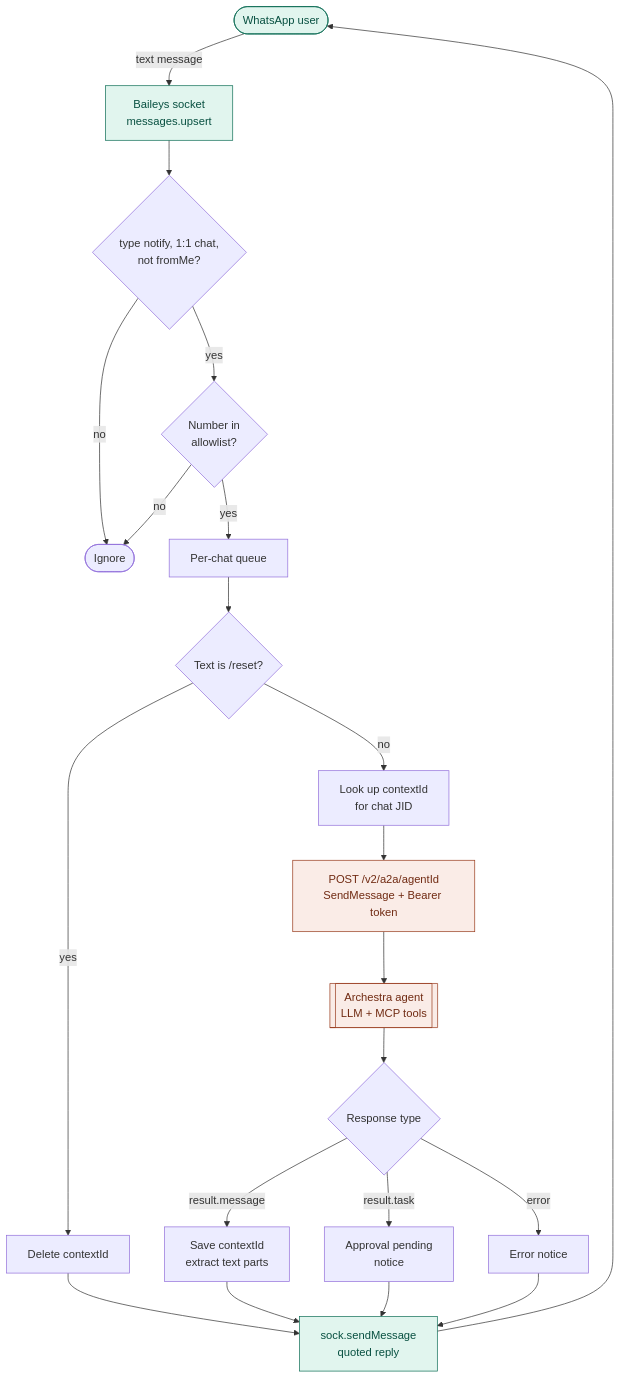
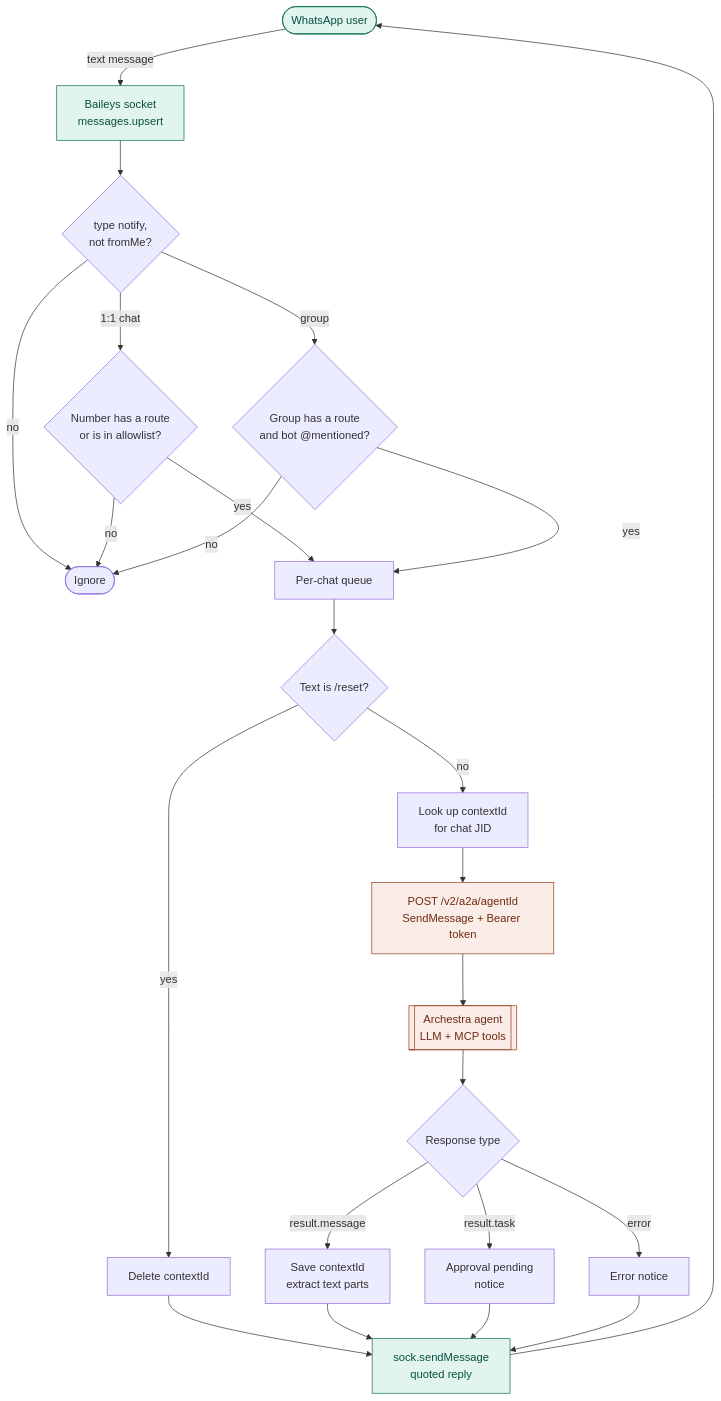
One commit to pushm0v/baileys-archestra-a2a changed the first of 2 diagrams in README.md. Above: the diagram before and after it, drawn with Mermaid. The commit also changed other lines of this file and 13 other files, not shown here.

````diff
--- a/README.md
+++ b/README.md
@@ -9,27 +9,30 @@
 ```mermaid
 flowchart TD
   U([WhatsApp user]) -->|text message| B[Baileys socket<br/>messages.upsert]
-  B --> F{type notify, 1:1 chat,<br/>not fromMe?}
+  B --> F{type notify,<br/>not fromMe?}
   F -->|no| X([Ignore])
-  F -->|yes| A{Number in<br/>allowlist?}
+  F -->|1:1 chat| A{Number has a route<br/>or is in allowlist?}
   A -->|no| X
   A -->|yes| Q[Per-chat queue]
+  F -->|group| G{Group has a route<br/>and bot @mentioned?}
+  G -->|no| X
+  G -->|yes| Q
   Q --> R{Text is /reset?}
   R -->|yes| D[Delete contextId] --> S
   R -->|no| C[Look up contextId<br/>for chat JID]
   C --> P[POST /v2/a2a/agentId<br/>SendMessage + Bearer token]
   P --> AG[[Archestra agent<br/>LLM + MCP tools]]
   AG --> RES{Response type}
   RES -->|result.message| M[Save contextId<br/>extract text parts]
   RES -->|result.task| T[Approval pending<br/>notice]
   RES -->|error| E[Error notice]
   M --> S[sock.sendMessage<br/>quoted reply]
   T --> S
   E --> S
   S --> U
 
   classDef wa fill:#E1F5EE,stroke:#0F6E56,color:#085041
   classDef arch fill:#FAECE7,stroke:#993C1D,color:#712B13
   class U,B,S wa
   class P,AG arch
 ```
````
